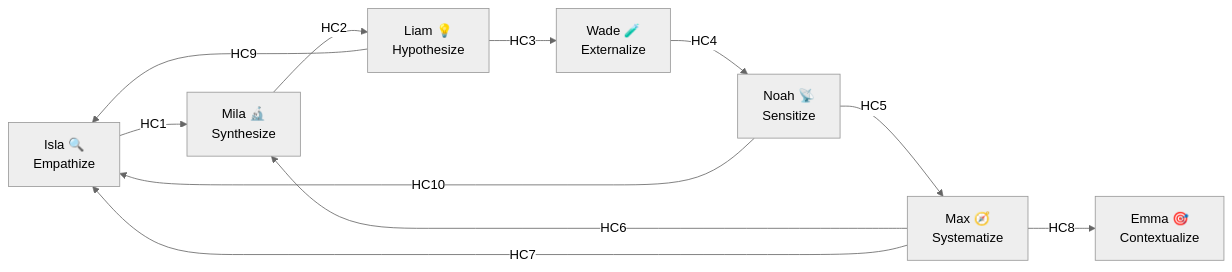
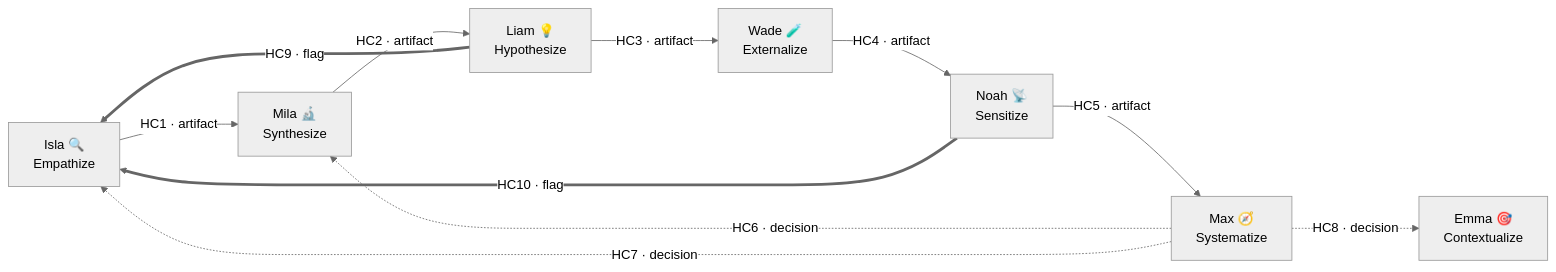
Before and after one commit to amalik/convoke-agents: the diagram in docs/agents.md, drawn with Mermaid (neutral theme). The commit also changed other lines of this file and 11 other files, not shown here.

````diff
--- a/docs/agents.md
+++ b/docs/agents.md
@@ -233,23 +233,22 @@
 ```mermaid
 flowchart LR
-    %% Generated to agree with the handoff-contract tables in docs/agents.md.
-    %% scripts/audit/vortex-diagram-integrity.js fails if any edge disagrees with them.
+    %% Source of truth: the handoff-contract tables in docs/agents.md. Keep the three copies in step.
+    Emma["Emma 🎯<br/>Contextualize"]
     Isla["Isla 🔍<br/>Empathize"]
     Mila["Mila 🔬<br/>Synthesize"]
     Liam["Liam 💡<br/>Hypothesize"]
     Wade["Wade 🧪<br/>Externalize"]
     Noah["Noah 📡<br/>Sensitize"]
     Max["Max 🧭<br/>Systematize"]
-    Emma["Emma 🎯<br/>Contextualize"]
 
-    Isla -->|HC1| Mila
-    Mila -->|HC2| Liam
-    Liam -->|HC3| Wade
-    Wade -->|HC4| Noah
-    Noah -->|HC5| Max
-    Max -->|HC6| Mila
-    Max -->|HC7| Isla
-    Max -->|HC8| Emma
-    Liam -->|HC9| Isla
-    Noah -->|HC10| Isla
+    Isla -->|"HC1 · artifact"| Mila
+    Mila -->|"HC2 · artifact"| Liam
+    Liam -->|"HC3 · artifact"| Wade
+    Wade -->|"HC4 · artifact"| Noah
+    Noah -->|"HC5 · artifact"| Max
+    Max -.->|"HC6 · decision"| Mila
+    Max -.->|"HC7 · decision"| Isla
+    Max -.->|"HC8 · decision"| Emma
+    Liam ==>|"HC9 · flag"| Isla
+    Noah ==>|"HC10 · flag"| Isla
 ```
````
